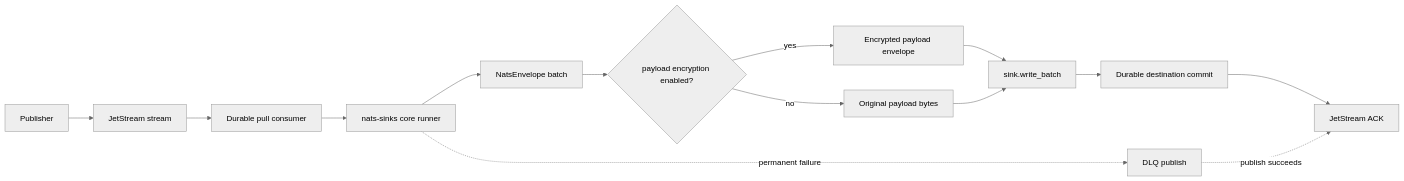
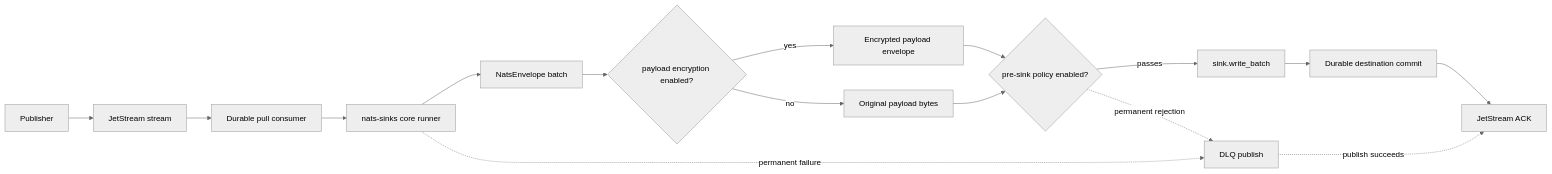
The first of 3 diagrams in README.md (ProjectCuillin/nats-sinks), drawn with Mermaid (neutral theme) before and after one commit. The commit also changed other lines of this file and 28 other files, not shown here.

Commit message:
Add pre-sink policy gate

````diff
--- a/README.md
+++ b/README.md
@@ -173,17 +181,19 @@
 ```mermaid
 flowchart LR
     Producer[Publisher] --> Stream[JetStream stream]
     Stream --> Consumer[Durable pull consumer]
     Consumer --> Runner[nats-sinks core runner]
     Runner --> Envelope[NatsEnvelope batch]
     Envelope --> Crypto{payload encryption enabled?}
     Crypto -->|yes| Encrypted[Encrypted payload envelope]
     Crypto -->|no| Plain[Original payload bytes]
-    Encrypted --> Sink[sink.write_batch]
-    Plain --> Sink
+    Encrypted --> Policy{pre-sink policy enabled?}
+    Plain --> Policy
+    Policy -->|passes| Sink[sink.write_batch]
+    Policy -. permanent rejection .-> DLQ
     Sink --> Commit[Durable destination commit]
     Commit --> Ack[JetStream ACK]
 
     Runner -. permanent failure .-> DLQ[DLQ publish]
     DLQ -. publish succeeds .-> Ack
 ```
````
